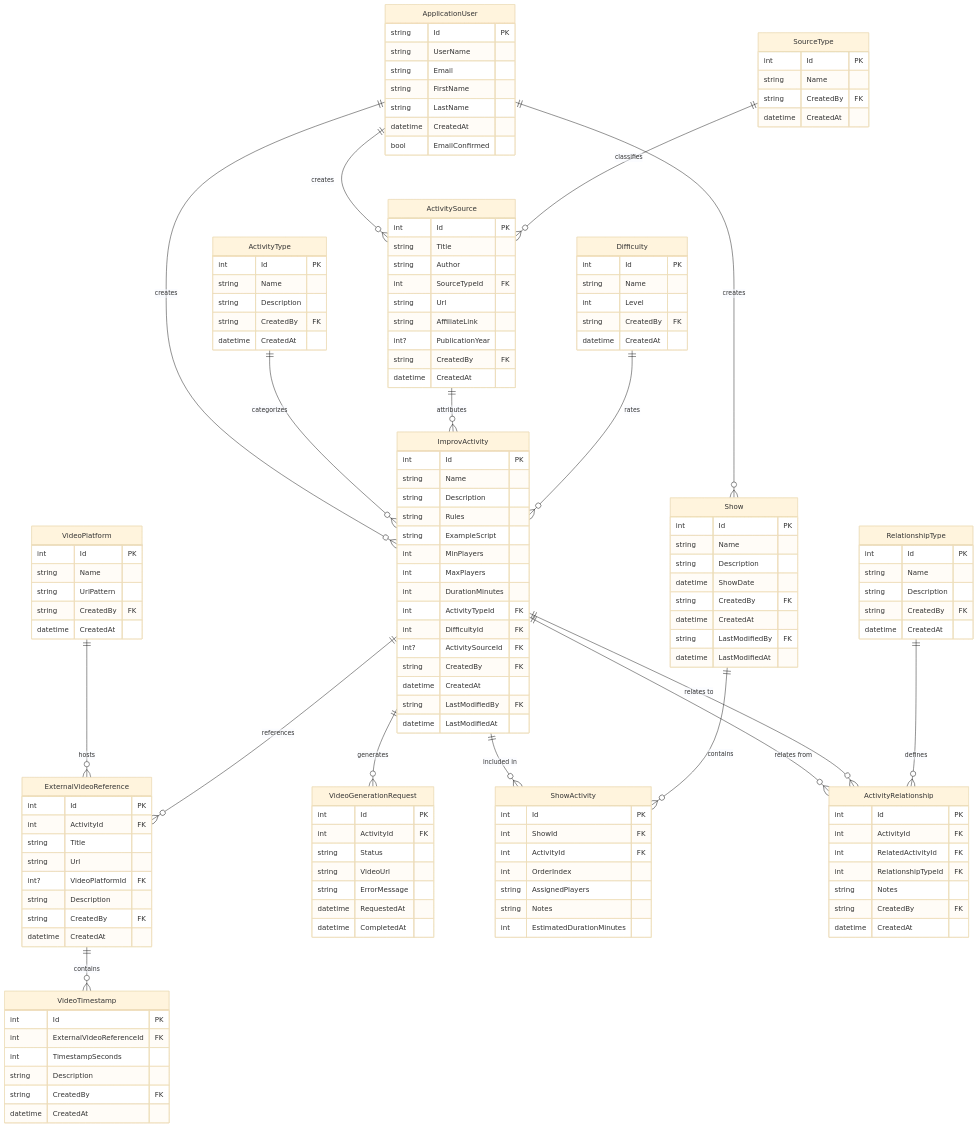
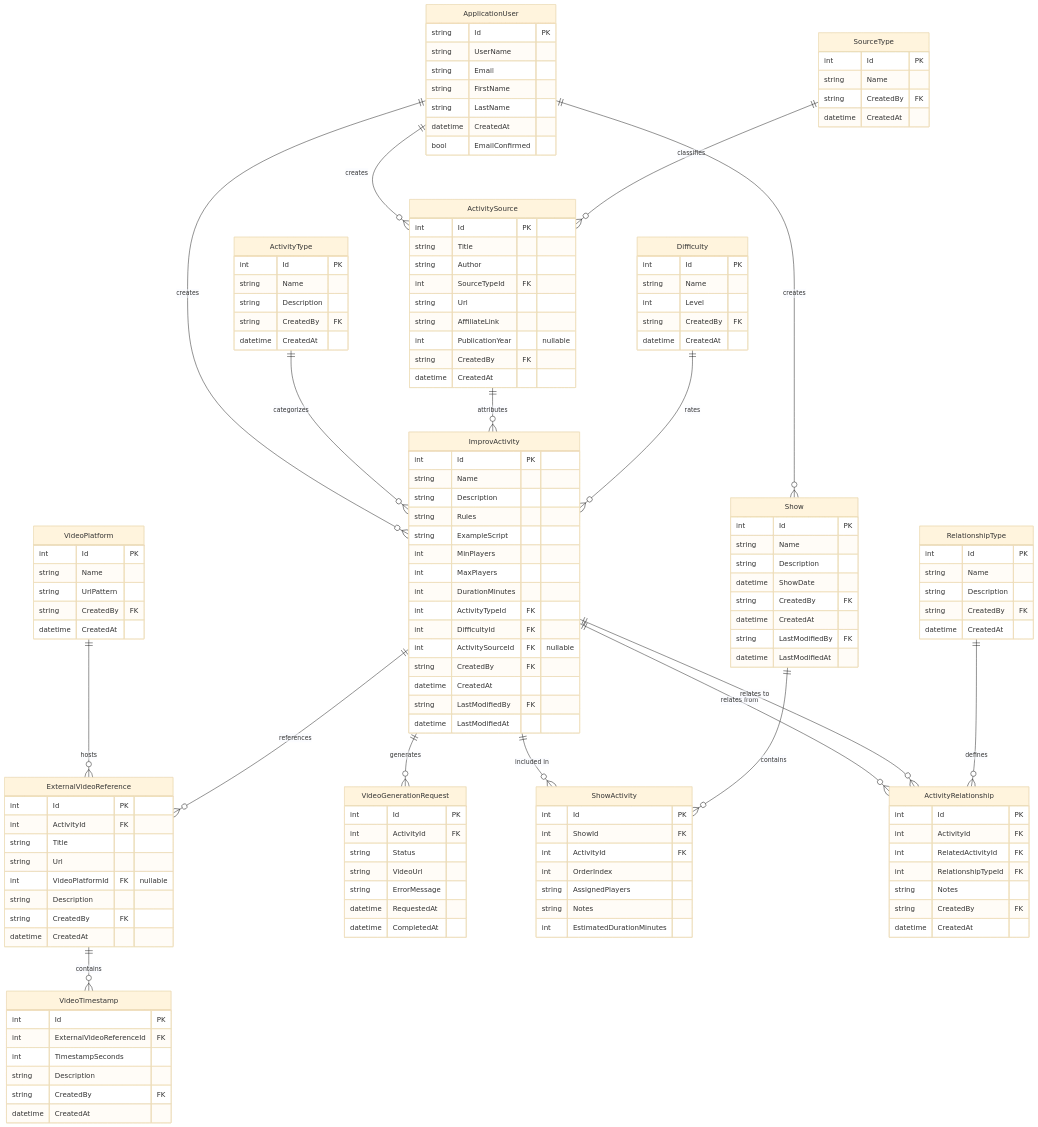
The diagram in docs/diagrams/database.md (rickhodder/ImprovByExample), drawn with Mermaid (base theme) before and after one commit.

Commit message:
updated database/md

```diff
--- a/docs/diagrams/database.md
+++ b/docs/diagrams/database.md
@@ -49,7 +49,7 @@
         int DurationMinutes
         int ActivityTypeId FK
         int DifficultyId FK
-        int? ActivitySourceId FK
+        int ActivitySourceId FK "nullable"
         string CreatedBy FK
         datetime CreatedAt
         string LastModifiedBy FK
@@ -79,7 +79,7 @@
         int SourceTypeId FK
         string Url
         string AffiliateLink
-        int? PublicationYear
+        int PublicationYear "nullable"
         string CreatedBy FK
         datetime CreatedAt
     }
@@ -106,7 +106,7 @@
         int ActivityId FK
         string Title
         string Url
-        int? VideoPlatformId FK
+        int VideoPlatformId FK "nullable"
         string Description
         string CreatedBy FK
         datetime CreatedAt
```
